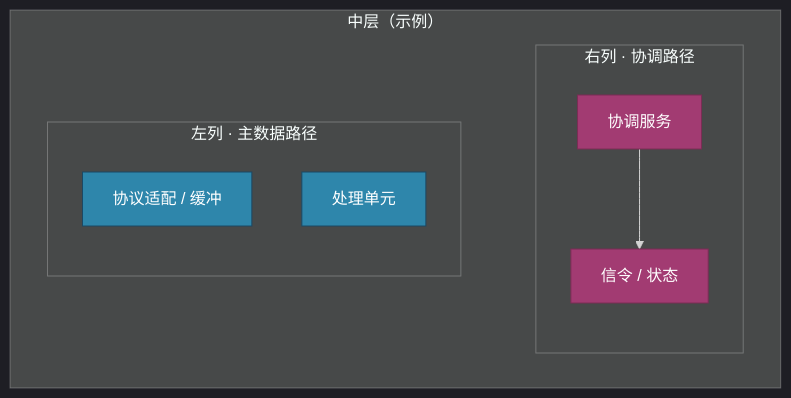
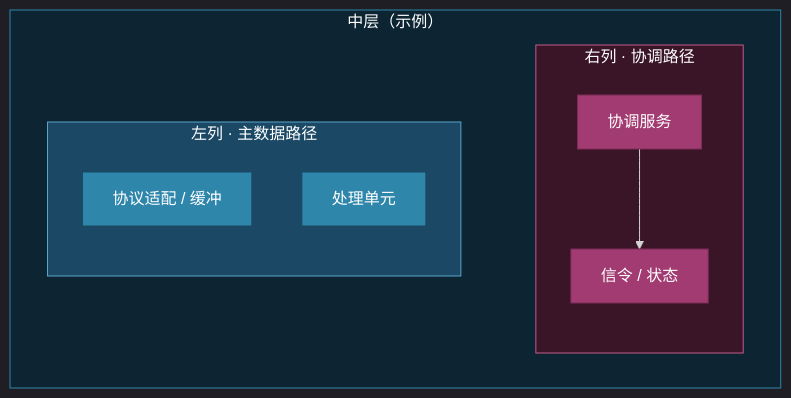
One commit to zxremail/cursor.config_mcp_rules_skills changed the fifth of 10 diagrams in skills/mermaid-flowchart-layout/SKILL.md. Above: the diagram before and after it, drawn with Mermaid. The commit also changed other lines of this file and 1 other file, not shown here.

````diff
--- a/skills/mermaid-flowchart-layout/SKILL.md
+++ b/skills/mermaid-flowchart-layout/SKILL.md
@@ -229,24 +268,27 @@
 ```mermaid
 %%{init: {'theme': 'dark'}}%%
 flowchart TB
     subgraph MID["中层（示例）"]
         direction LR
         subgraph COL_L["左列 · 主数据路径"]
             direction TB
             BRIDGE["协议适配 / 缓冲"]
             WORKER["处理单元"]
         end
         COL_L --- COL_R
         subgraph COL_R["右列 · 协调路径"]
             direction TB
             COORD["协调服务"]
             SIGNAL["信令 / 状态"]
             COORD --> SIGNAL
         end
     end
     linkStyle 0 opacity:0,stroke-width:0px
     classDef n fill:#2E86AB,stroke:#1B4965,color:#FFFFFF
     classDef alt fill:#A23B72,stroke:#7B2D55,color:#FFFFFF
     class BRIDGE,WORKER n
     class COORD,SIGNAL alt
+    style MID fill:#0D2433,stroke:#2E86AB,color:#FFFFFF
+    style COL_L fill:#1B4965,stroke:#5BA3C9,color:#FFFFFF
+    style COL_R fill:#3A1528,stroke:#C45A8C,color:#FFFFFF
 ```
````
